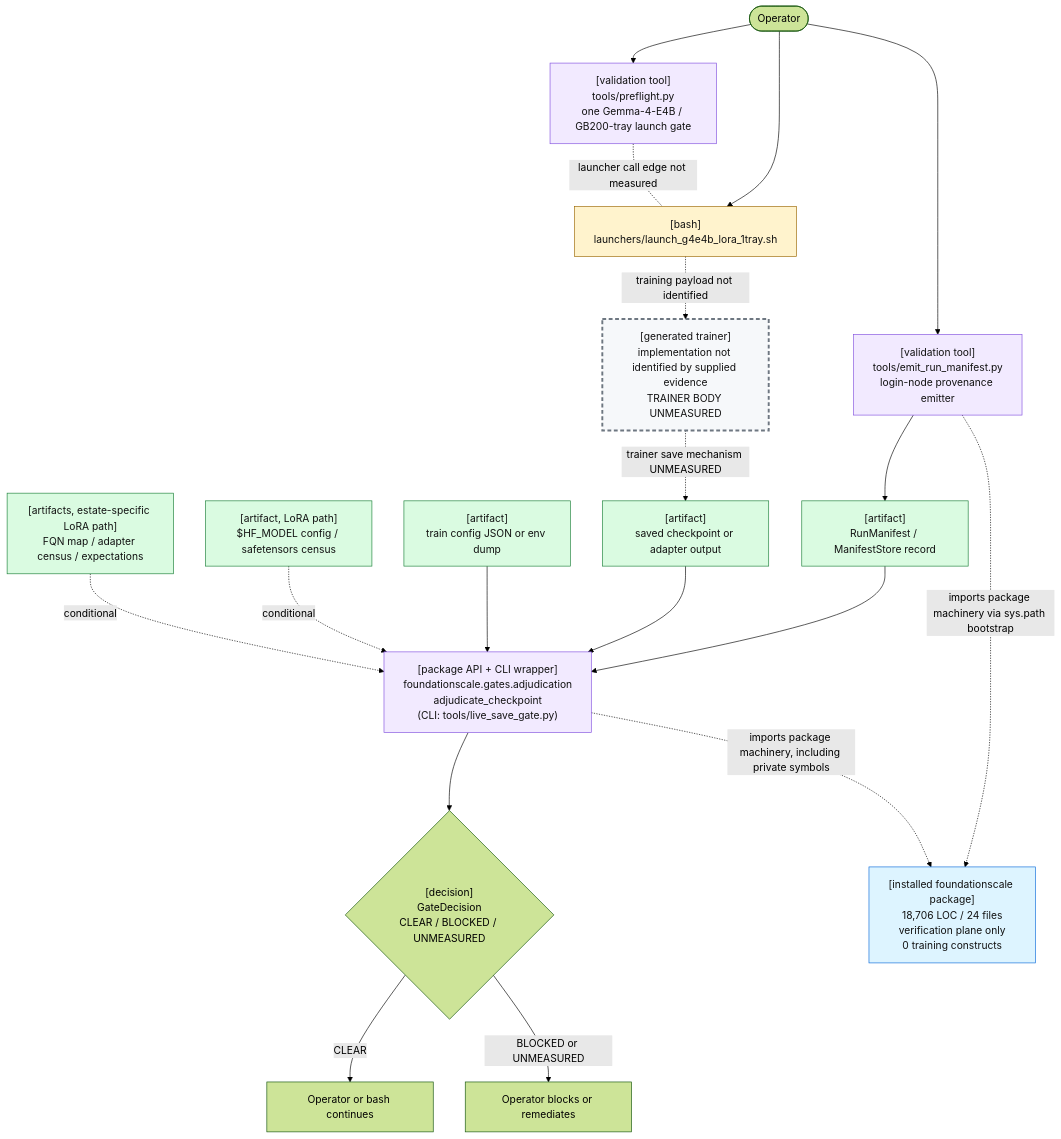
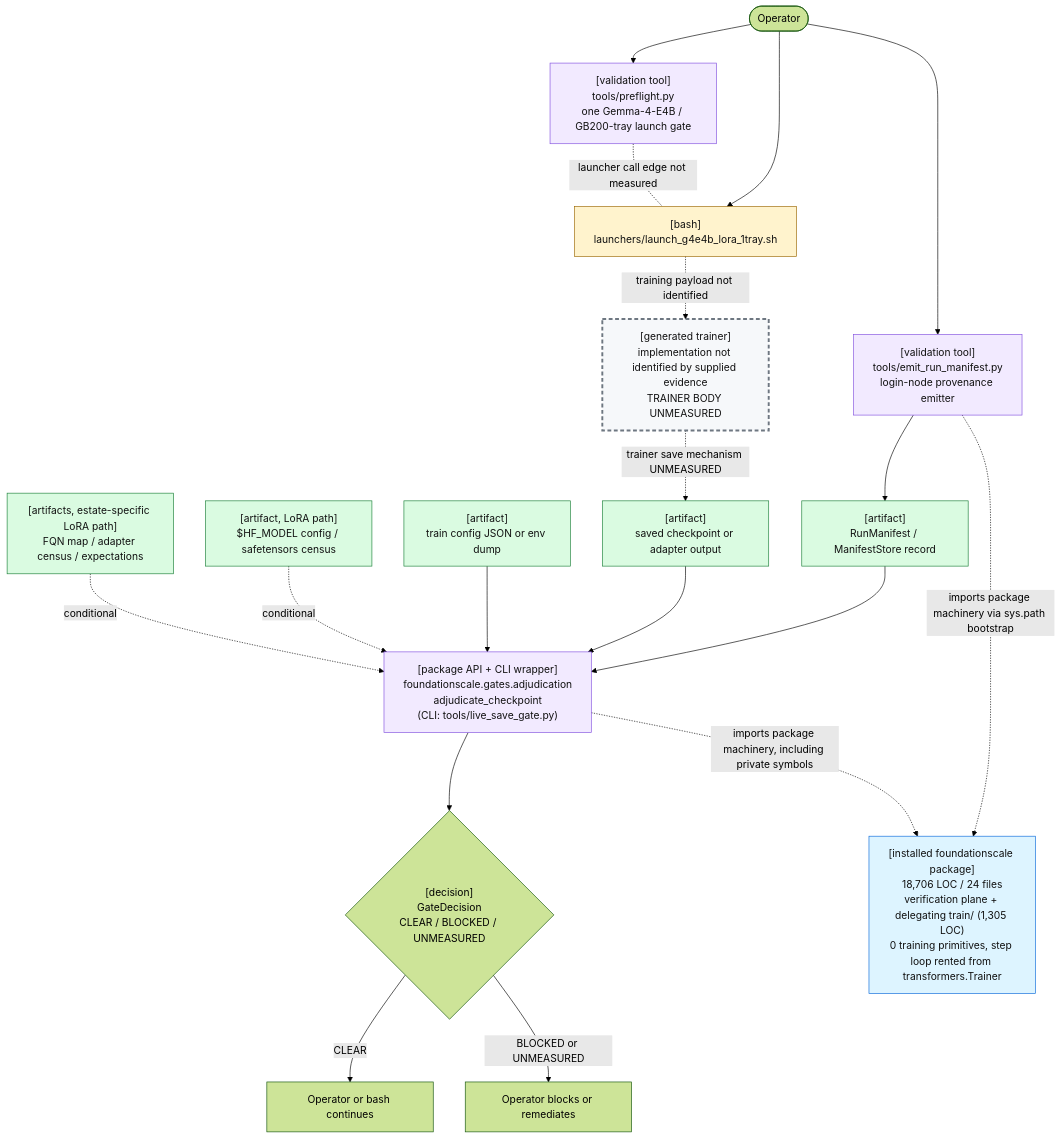
Before and after one commit to TranNhiem/FoundationScale: the first of 2 diagrams in docs/review/D2_current_architecture.md, drawn with Mermaid (forest theme). The commit also changed other lines of this file and 7 other files, not shown here.

````diff
--- a/docs/review/D2_current_architecture.md
+++ b/docs/review/D2_current_architecture.md
@@ -21,59 +25,59 @@
 ```mermaid
 flowchart TB
   O(["Operator"])
 
   PF["[validation tool]<br/>tools/preflight.py<br/>one Gemma-4-E4B / GB200-tray launch gate"]
   L["[bash]<br/>launchers/launch_g4e4b_lora_1tray.sh"]
 
   E["[validation tool]<br/>tools/emit_run_manifest.py<br/>login-node provenance emitter"]
   M["[artifact]<br/>RunManifest / ManifestStore record"]
 
   T["[generated trainer]<br/>implementation not identified by supplied evidence<br/>TRAINER BODY UNMEASURED"]
   C["[artifact]<br/>saved checkpoint or adapter output"]
 
   G["[package API + CLI wrapper]<br/>foundationscale.gates.adjudication<br/>adjudicate_checkpoint<br/>(CLI: tools/live_save_gate.py)"]
   CFG["[artifact]<br/>train config JSON or env dump"]
   BASE["[artifact, LoRA path]<br/>$HF_MODEL config / safetensors census"]
   CEN["[artifacts, estate-specific LoRA path]<br/>FQN map / adapter census / expectations"]
 
   D{"[decision]<br/>GateDecision<br/>CLEAR / BLOCKED / UNMEASURED"}
   OK["Operator or bash continues"]
   NO["Operator blocks or remediates"]
 
-  PKG["[installed foundationscale package]<br/>18,706 LOC / 24 files<br/>verification plane only<br/>0 training constructs"]
+  PKG["[installed foundationscale package]<br/>18,706 LOC / 24 files<br/>verification plane + delegating train/ (1,305 LOC)<br/>0 training primitives, step loop rented from transformers.Trainer"]
 
   O --> PF
   O --> L
   PF -. "launcher call edge not measured" .- L
 
   O --> E
   E --> M
 
   L -. "training payload not identified" .-> T
   T -. "trainer save mechanism UNMEASURED" .-> C
 
   M --> G
   C --> G
   CFG --> G
   BASE -. "conditional" .-> G
   CEN -. "conditional" .-> G
 
   E -. "imports package machinery via sys.path bootstrap" .-> PKG
   G -. "imports package machinery, including private symbols" .-> PKG
 
   G --> D
   D -->|"CLEAR"| OK
   D -->|"BLOCKED or UNMEASURED"| NO
 
   classDef bash fill:#fff3cd,stroke:#9a6700,color:#111;
   classDef tool fill:#f2eaff,stroke:#8250df,color:#111;
   classDef artifact fill:#dafbe1,stroke:#1a7f37,color:#111;
   classDef gap fill:#f6f8fa,stroke:#6e7781,stroke-width:3px,stroke-dasharray: 6 4,color:#111;
   classDef pkg fill:#ddf4ff,stroke:#0969da,color:#111;
 
   class L bash;
   class PF,E,G tool;
   class M,C,CFG,BASE,CEN artifact;
   class T gap;
   class PKG pkg;
 ```
````
